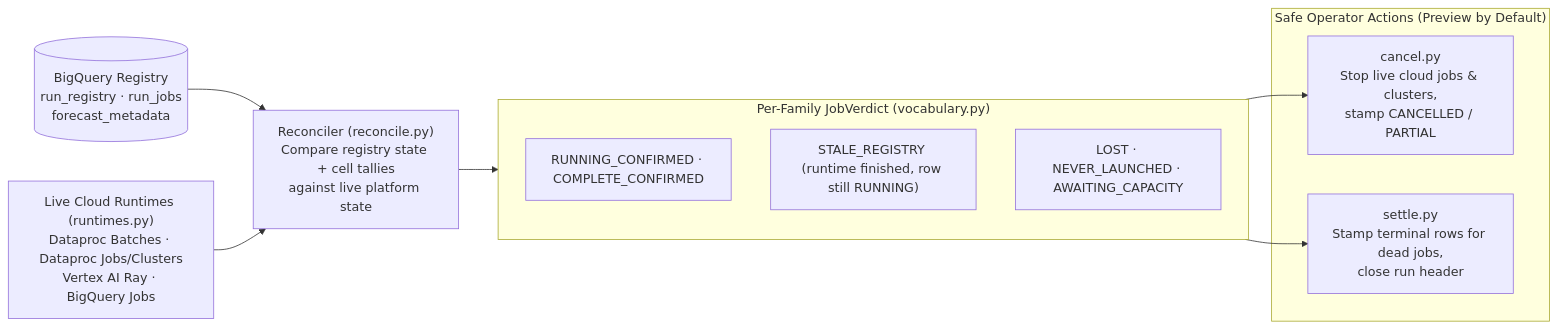
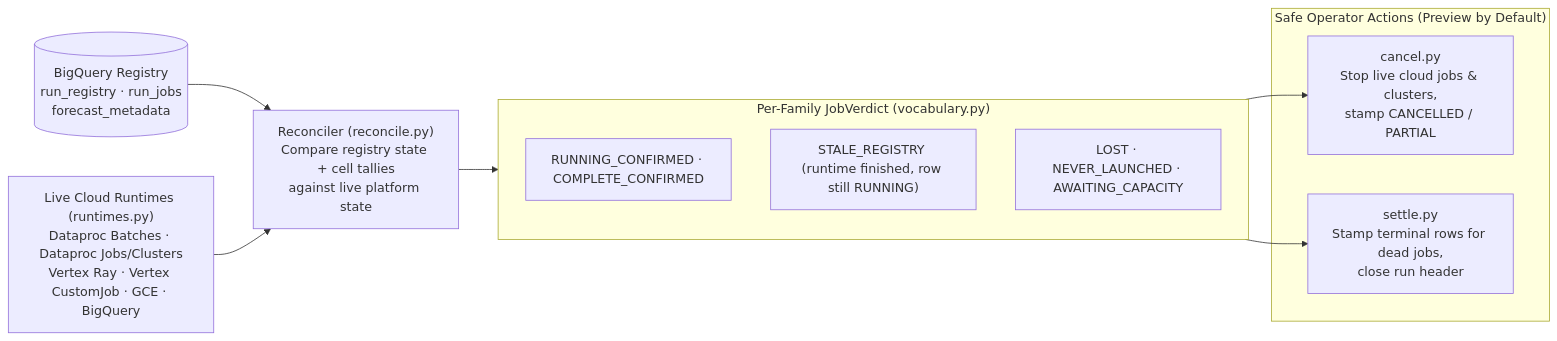
One commit to statmike/scale-forecasting changed the diagram in src/scale_forecasting/probes/README.md. Above: the diagram before and after it, drawn with Mermaid. The commit also changed other lines of this file and 69 other files, not shown here.

First line of the commit message:
feat(compute): add vertex and gce runtimes, unified compute params, GPU-VM catalog, and AGENTS.md

````diff
--- a/src/scale_forecasting/probes/README.md
+++ b/src/scale_forecasting/probes/README.md
@@ -7,20 +7,20 @@
 ```mermaid
 flowchart LR
     reg[("BigQuery Registry<br/>run_registry · run_jobs<br/>forecast_metadata")]
-    rt["Live Cloud Runtimes (runtimes.py)<br/>Dataproc Batches · Dataproc Jobs/Clusters<br/>Vertex AI Ray · BigQuery Jobs"]
+    rt["Live Cloud Runtimes (runtimes.py)<br/>Dataproc Batches · Dataproc Jobs/Clusters<br/>Vertex Ray · Vertex CustomJob · GCE · BigQuery"]
 
     rec["Reconciler (reconcile.py)<br/>Compare registry state + cell tallies<br/>against live platform state"]
 
     subgraph verdicts["Per-Family JobVerdict (vocabulary.py)"]
         v1["RUNNING_CONFIRMED · COMPLETE_CONFIRMED"]
         v2["STALE_REGISTRY (runtime finished, row still RUNNING)"]
         v3["LOST · NEVER_LAUNCHED · AWAITING_CAPACITY"]
     end
 
     subgraph actions["Safe Operator Actions (Preview by Default)"]
         can["cancel.py<br/>Stop live cloud jobs & clusters,<br/>stamp CANCELLED / PARTIAL"]
         set["settle.py<br/>Stamp terminal rows for dead jobs,<br/>close run header"]
     end
 
     reg & rt --> rec --> verdicts --> can & set
 ```
````
